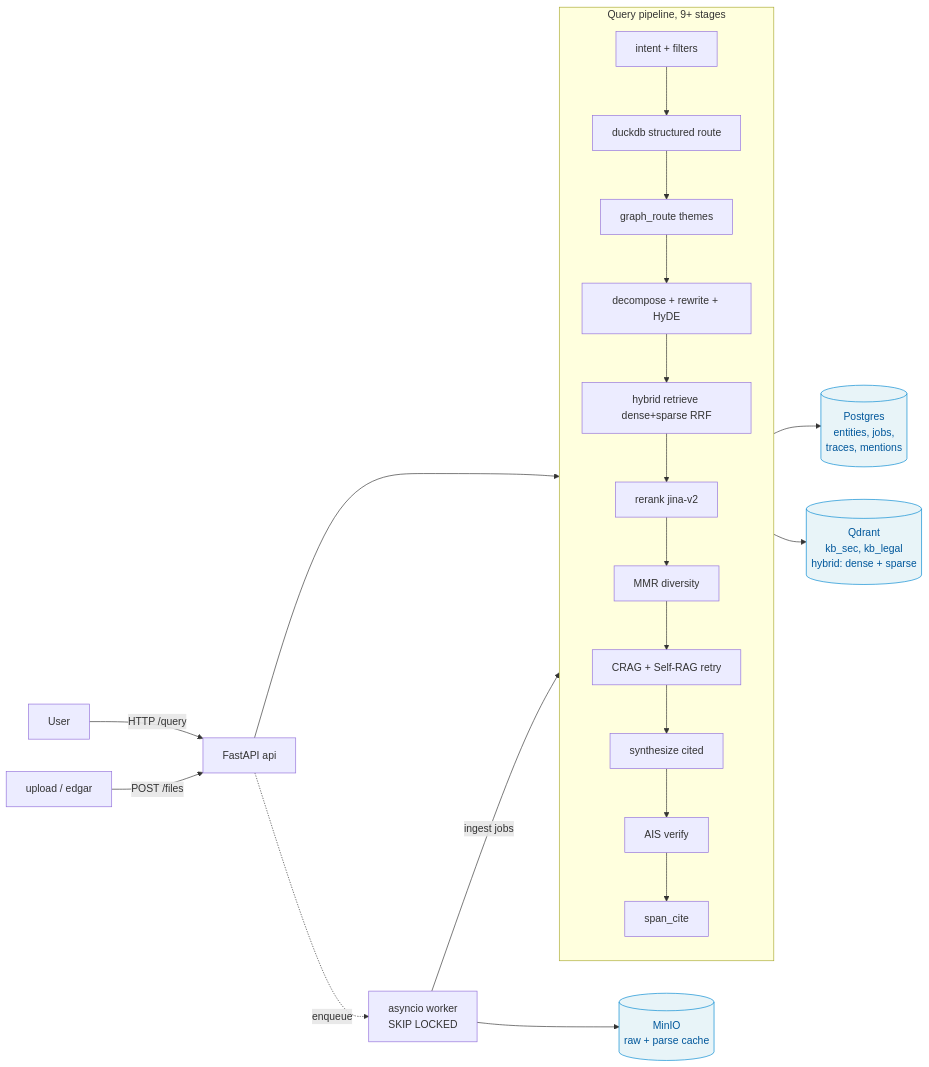
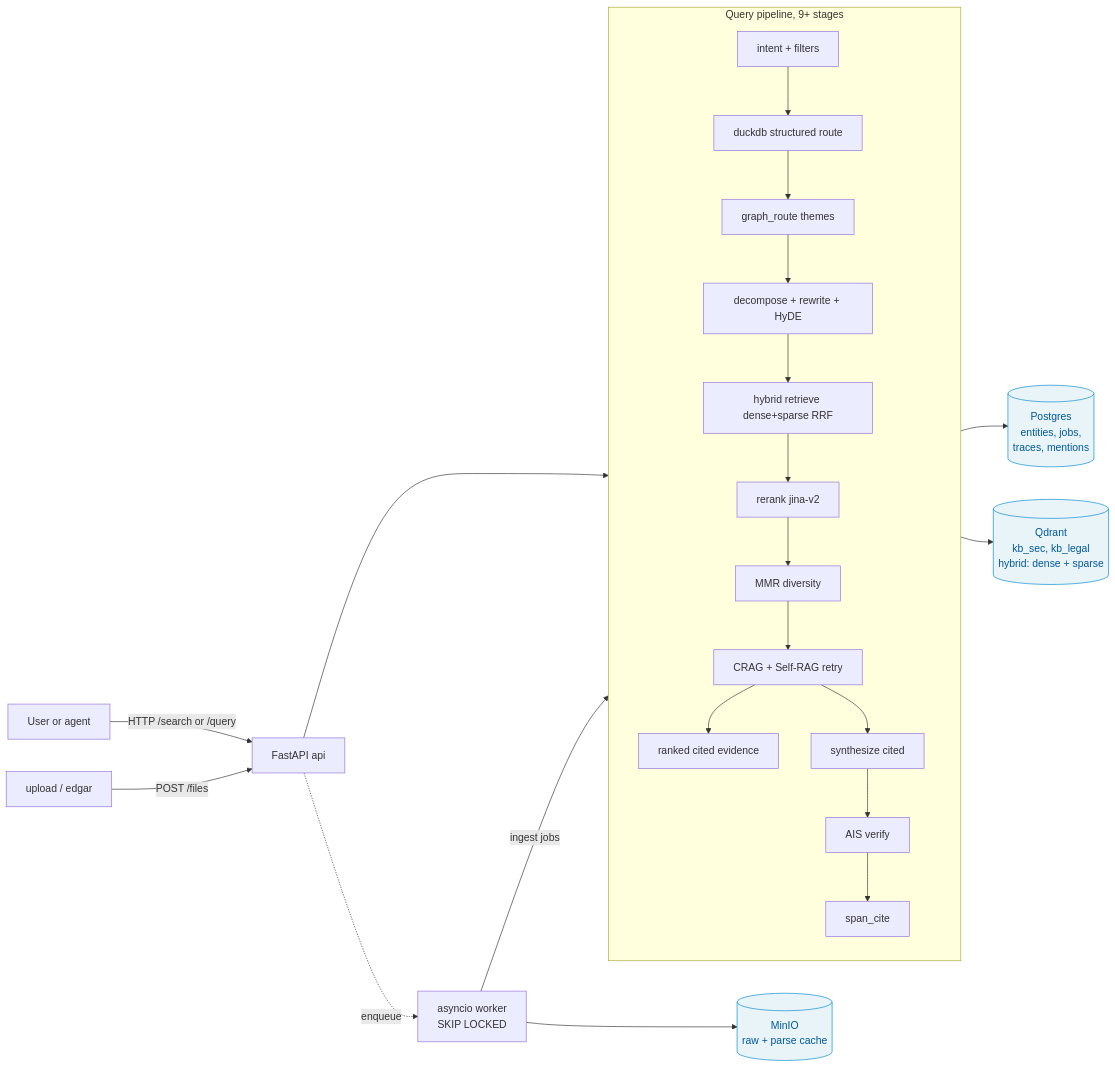
One commit to sarthak-fleet/knowledge-base changed the diagram in README.md. Above: the diagram before and after it, drawn with Mermaid. The commit also changed other lines of this file and 12 other files, not shown here.

Commit message:
Add private agent search flow

````diff
--- a/README.md
+++ b/README.md
@@ -55,30 +73,31 @@
 ```mermaid
 flowchart LR
-    User[User] -->|HTTP /query| API[FastAPI api]
+    User[User or agent] -->|HTTP /search or /query| API[FastAPI api]
     API --> Pipeline
 
     subgraph Pipeline[Query pipeline, 9+ stages]
         direction TB
         S1[intent + filters] --> S2[duckdb structured route]
         S2 --> S3[graph_route themes]
         S3 --> S4[decompose + rewrite + HyDE]
         S4 --> S5[hybrid retrieve dense+sparse RRF]
         S5 --> S6[rerank jina-v2]
         S6 --> S7[MMR diversity]
         S7 --> S8[CRAG + Self-RAG retry]
+        S8 --> SearchOut[ranked cited evidence]
         S8 --> S9[synthesize cited]
         S9 --> S10[AIS verify]
         S10 --> S11[span_cite]
     end
 
     Worker[asyncio worker<br/>SKIP LOCKED] -->|ingest jobs| Pipeline
     Files[upload / edgar] -->|POST /files| API
     API -.->|enqueue| Worker
 
     Pipeline --> PG[(Postgres<br/>entities, jobs,<br/>traces, mentions)]
     Pipeline --> Qdrant[(Qdrant<br/>kb_sec, kb_legal<br/>hybrid: dense + sparse)]
     Worker --> MinIO[(MinIO<br/>raw + parse cache)]
 
     classDef store fill:#e8f4f8,stroke:#0288d1,color:#01579b
     class PG,Qdrant,MinIO store
 ```
````
